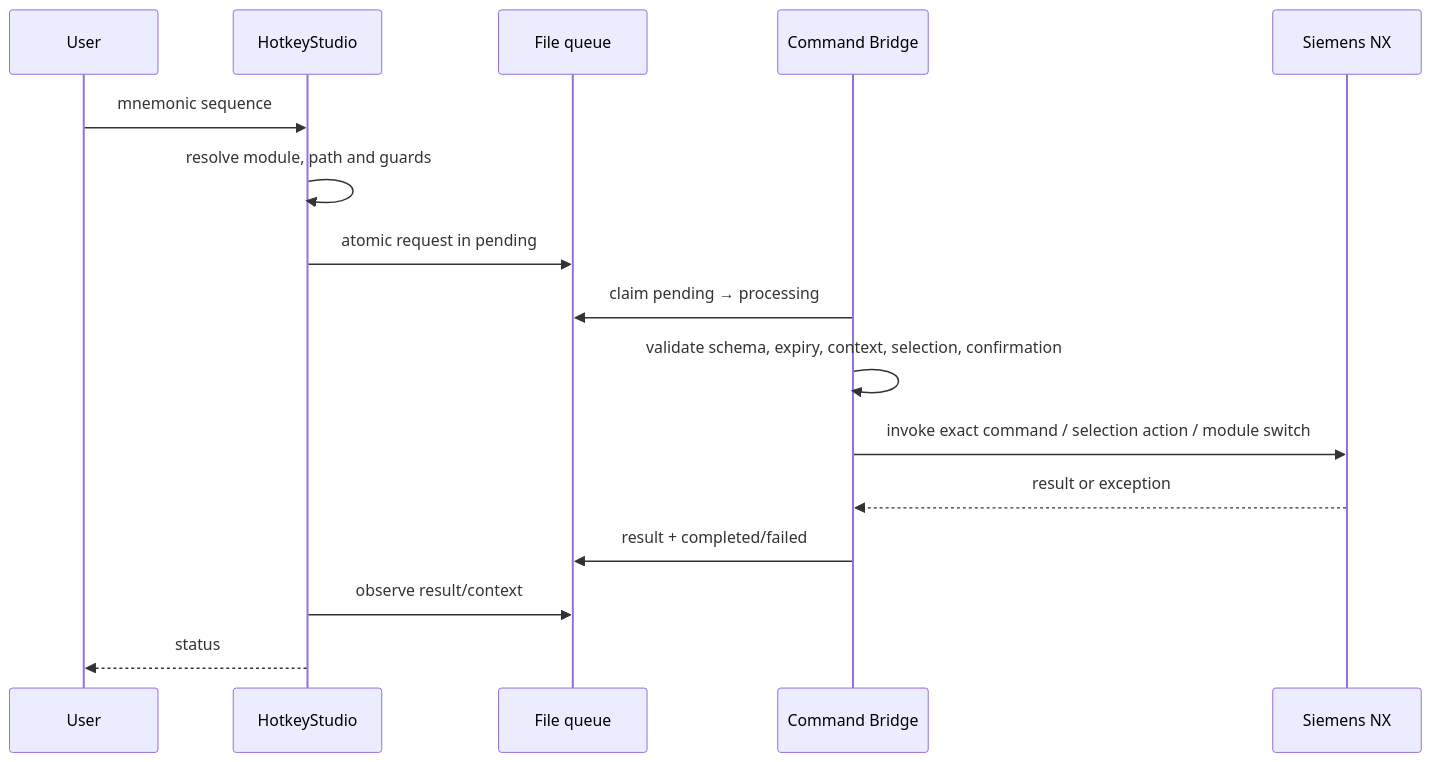
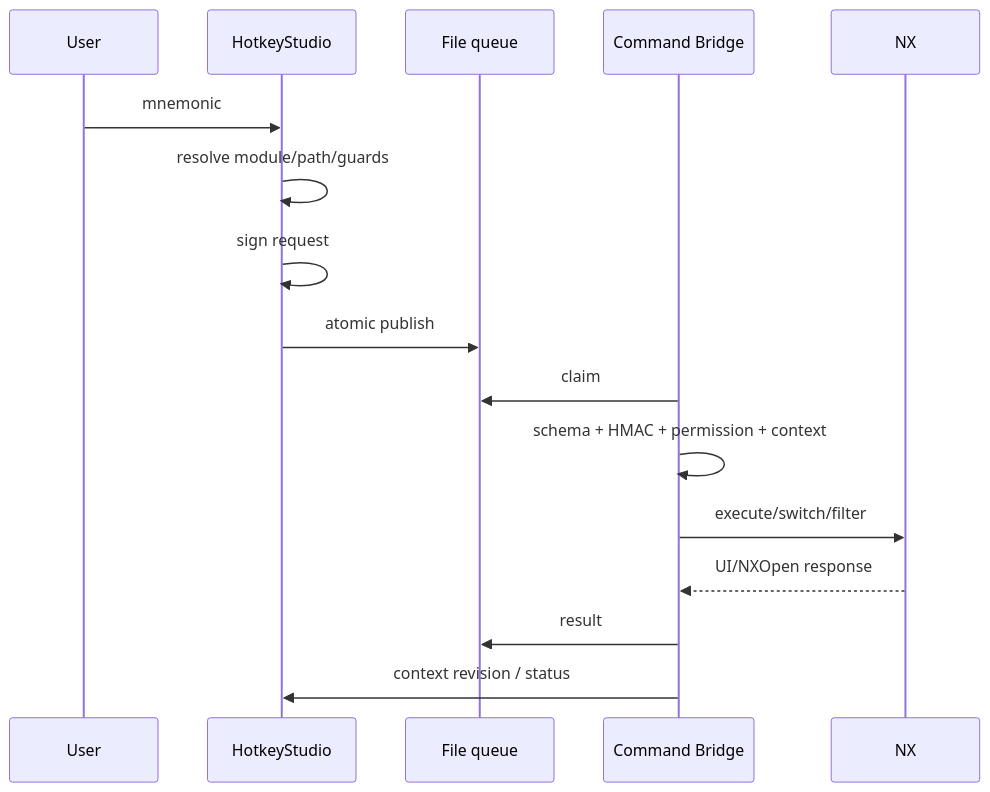
One commit to Homiakus/NXkeys changed the third of 4 diagrams in docs/ARCHITECTURE.md. Above: the diagram before and after it, drawn with Mermaid. The commit also changed other lines of this file, not shown here.

Commit message:
docs: align architecture with v8 runtime and authenticated bridge

````diff
--- a/docs/ARCHITECTURE.md
+++ b/docs/ARCHITECTURE.md
@@ -168,19 +183,19 @@
 ```mermaid
 sequenceDiagram
     participant U as User
     participant H as HotkeyStudio
-    participant F as File queue
+    participant Q as File queue
     participant B as Command Bridge
-    participant N as Siemens NX
+    participant N as NX
 
-    U->>H: mnemonic sequence
-    H->>H: resolve module, path and guards
-    H->>F: atomic request in pending
-    B->>F: claim pending → processing
-    B->>B: validate schema, expiry, context, selection, confirmation
-    B->>N: invoke exact command / selection action / module switch
-    N-->>B: result or exception
-    B->>F: result + completed/failed
-    H->>F: observe result/context
-    H-->>U: status
+    U->>H: mnemonic
+    H->>H: resolve module/path/guards
+    H->>H: sign request
+    H->>Q: atomic publish
+    B->>Q: claim
+    B->>B: schema + HMAC + permission + context
+    B->>N: execute/switch/filter
+    N-->>B: UI/NXOpen response
+    B->>Q: result
+    B->>H: context revision / status
 ```
````
